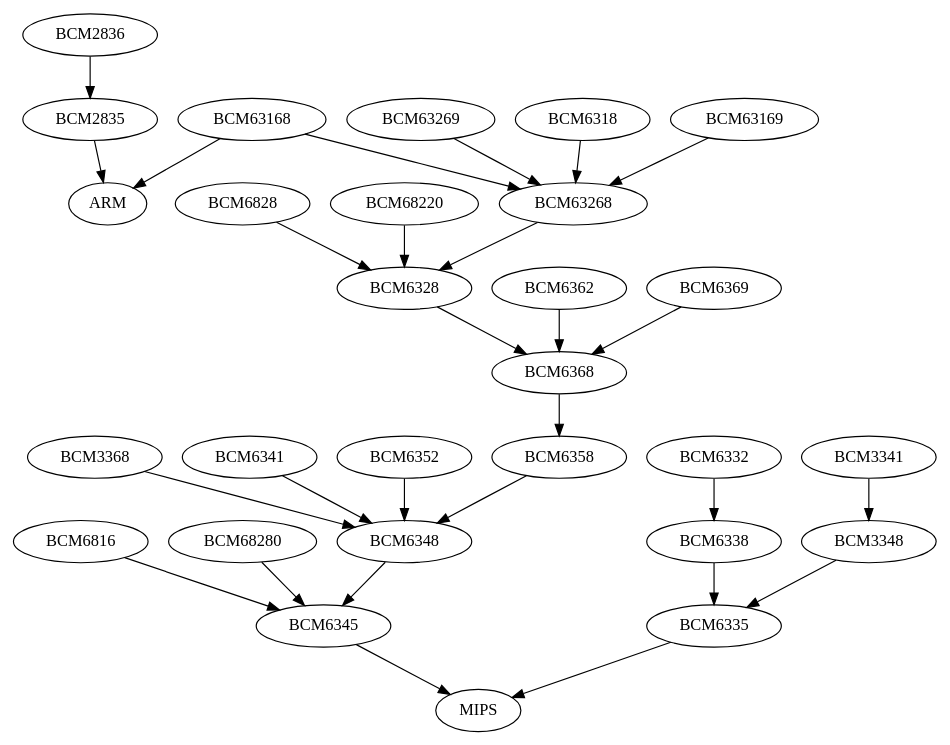
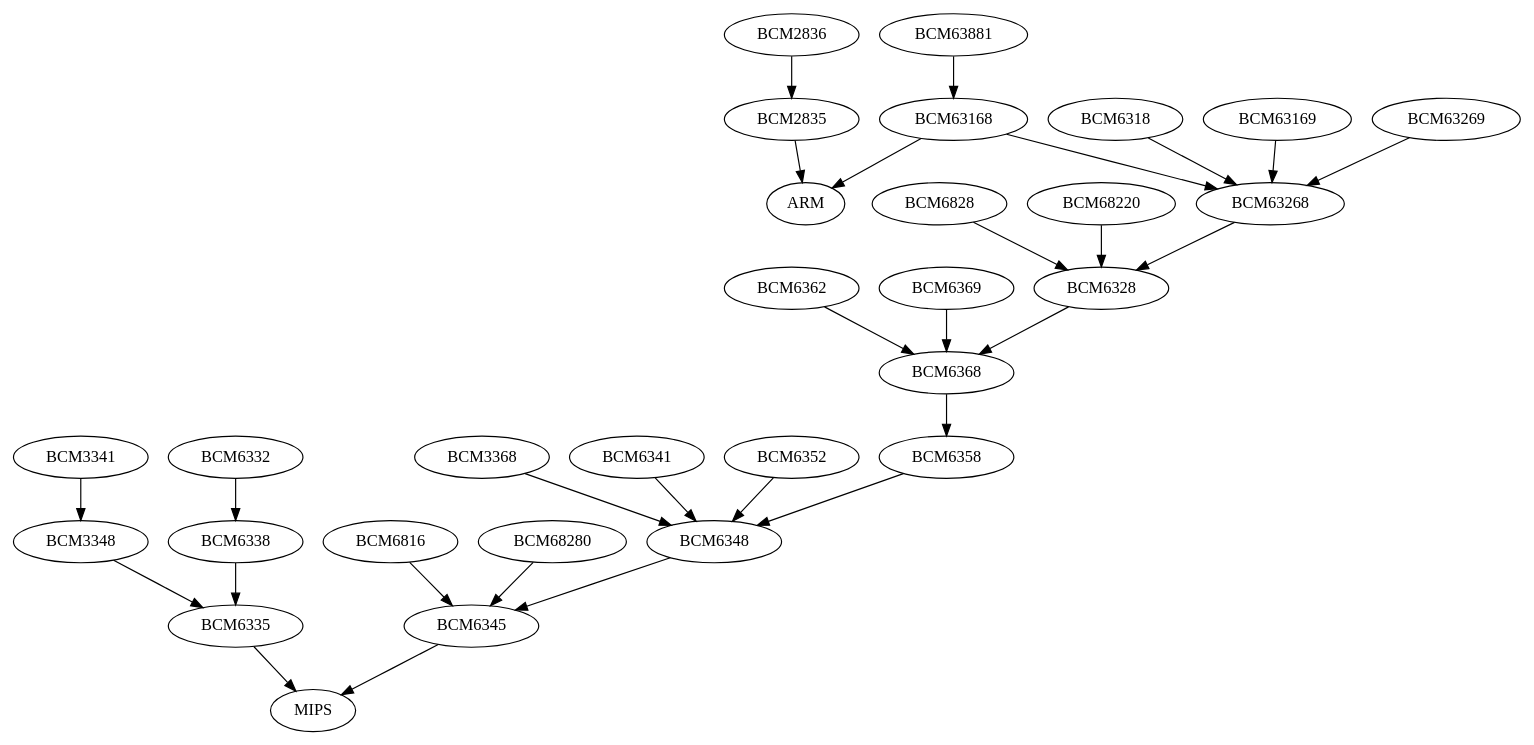
Before and after one commit to lp0/bcm: the diagram in bcm.dot, drawn with Graphviz. The commit also changed 1 other file, not shown here.

Commit message:
add BCM63881

```diff
--- a/bcm.dot
+++ b/bcm.dot
@@ -1,39 +1,39 @@
 digraph bcm {
 	BCM2836 -> BCM2835 -> ARM;
 
 	BCM3368 -> BCM6348;
 
 	BCM3341 -> BCM3348 -> BCM6335 -> MIPS;
 
 	BCM6341 -> BCM6348 -> BCM6345 -> MIPS;
 
-	BCM63168 -> ARM;
+	BCM63881 -> BCM63168 -> ARM;
 
 	BCM6318 -> BCM63268
 
 	BCM63268 -> BCM6328;
 	BCM63168 -> BCM63268;
 	BCM63169 -> BCM63268;
 	BCM63269 -> BCM63268;
 
 	BCM6328 -> BCM6368;
 
 	BCM6332 -> BCM6338 -> BCM6335;
 
 	BCM6352 -> BCM6348;
 
 	BCM6358 -> BCM6348;
 
 	BCM6362 -> BCM6368;
 
 	BCM6368 -> BCM6358;
 	BCM6369 -> BCM6368;
 
 	BCM6816 -> BCM6345;
 
 	BCM6828 -> BCM6328;
 
 	BCM68220 -> BCM6328;
 
 	BCM68280 -> BCM6345;
 }
```
